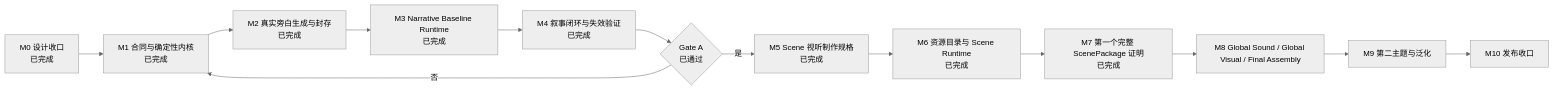
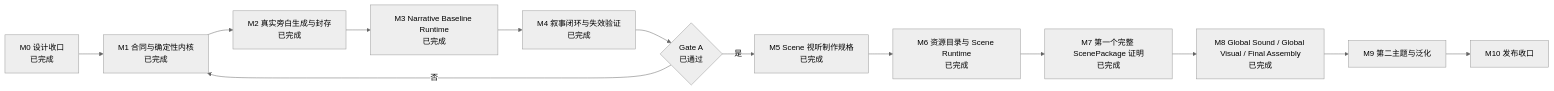
One commit to AXMORF/axmorf-studio changed the diagram in docs/ROADMAP.md. Above: the diagram before and after it, drawn with Mermaid (neutral theme). The commit also changed other lines of this file and 17 other files, not shown here.

Commit message:
docs: close gps relativity m8 final assembly

````diff
--- a/docs/ROADMAP.md
+++ b/docs/ROADMAP.md
@@ -46,15 +49,15 @@
 ```mermaid
 flowchart LR
     M0["M0 设计收口<br/>已完成"] --> M1["M1 合同与确定性内核<br/>已完成"]
     M1 --> M2["M2 真实旁白生成与封存<br/>已完成"]
     M2 --> M3["M3 Narrative Baseline Runtime<br/>已完成"]
     M3 --> M4["M4 叙事闭环与失效验证<br/>已完成"]
     M4 --> G1{"Gate A<br/>已通过"}
     G1 -->|"是"| M5["M5 Scene 视听制作规格<br/>已完成"]
     G1 -->|"否"| M1
     M5 --> M6["M6 资源目录与 Scene Runtime<br/>已完成"]
     M6 --> M7["M7 第一个完整 ScenePackage 证明<br/>已完成"]
-    M7 --> M8["M8 Global Sound / Global Visual / Final Assembly"]
+    M7 --> M8["M8 Global Sound / Global Visual / Final Assembly<br/>已完成"]
     M8 --> M9["M9 第二主题与泛化"]
     M9 --> M10["M10 发布收口"]
 ```
````
